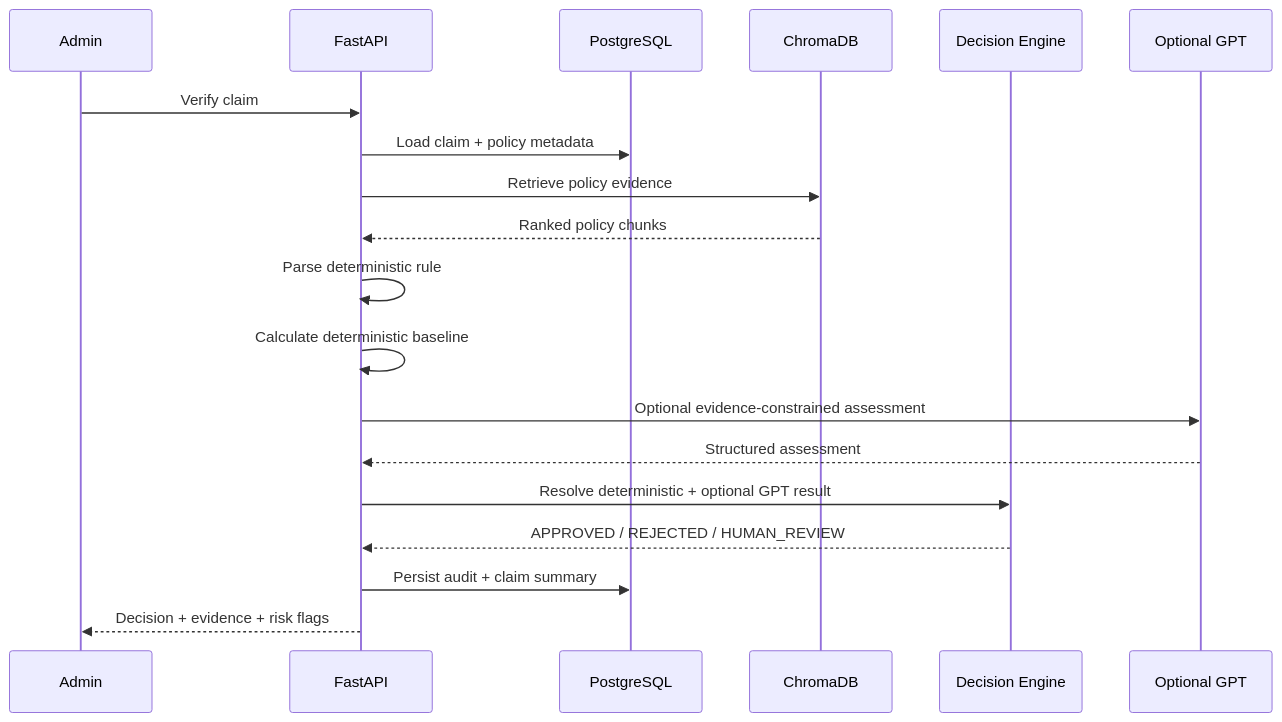
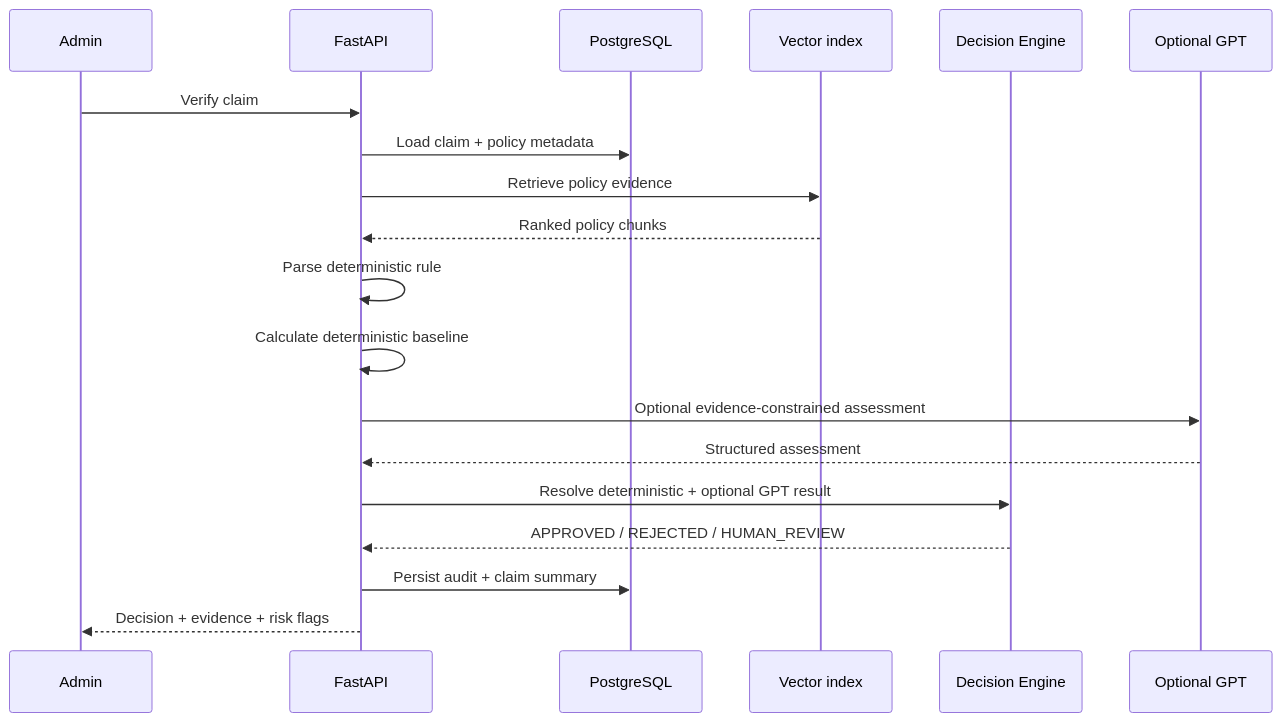
The third of 8 diagrams in docs/diagrams.md (santhosh12133/medical-claim-ai), drawn with Mermaid before and after one commit. The commit also changed other lines of this file and 20 other files, not shown here.

First line of the commit message:
Fix vector index missing cross-process status changes; fix llm-live job checkout order

````diff
--- a/docs/diagrams.md
+++ b/docs/diagrams.md
@@ -56,22 +56,22 @@
 ```mermaid
 sequenceDiagram
     participant A as Admin
     participant API as FastAPI
     participant DB as PostgreSQL
-    participant V as ChromaDB
+    participant V as Vector index
     participant D as Decision Engine
     participant G as Optional GPT
 
     A->>API: Verify claim
     API->>DB: Load claim + policy metadata
     API->>V: Retrieve policy evidence
     V-->>API: Ranked policy chunks
     API->>API: Parse deterministic rule
     API->>API: Calculate deterministic baseline
     API->>G: Optional evidence-constrained assessment
     G-->>API: Structured assessment
     API->>D: Resolve deterministic + optional GPT result
     D-->>API: APPROVED / REJECTED / HUMAN_REVIEW
     API->>DB: Persist audit + claim summary
     API-->>A: Decision + evidence + risk flags
 ```
````
